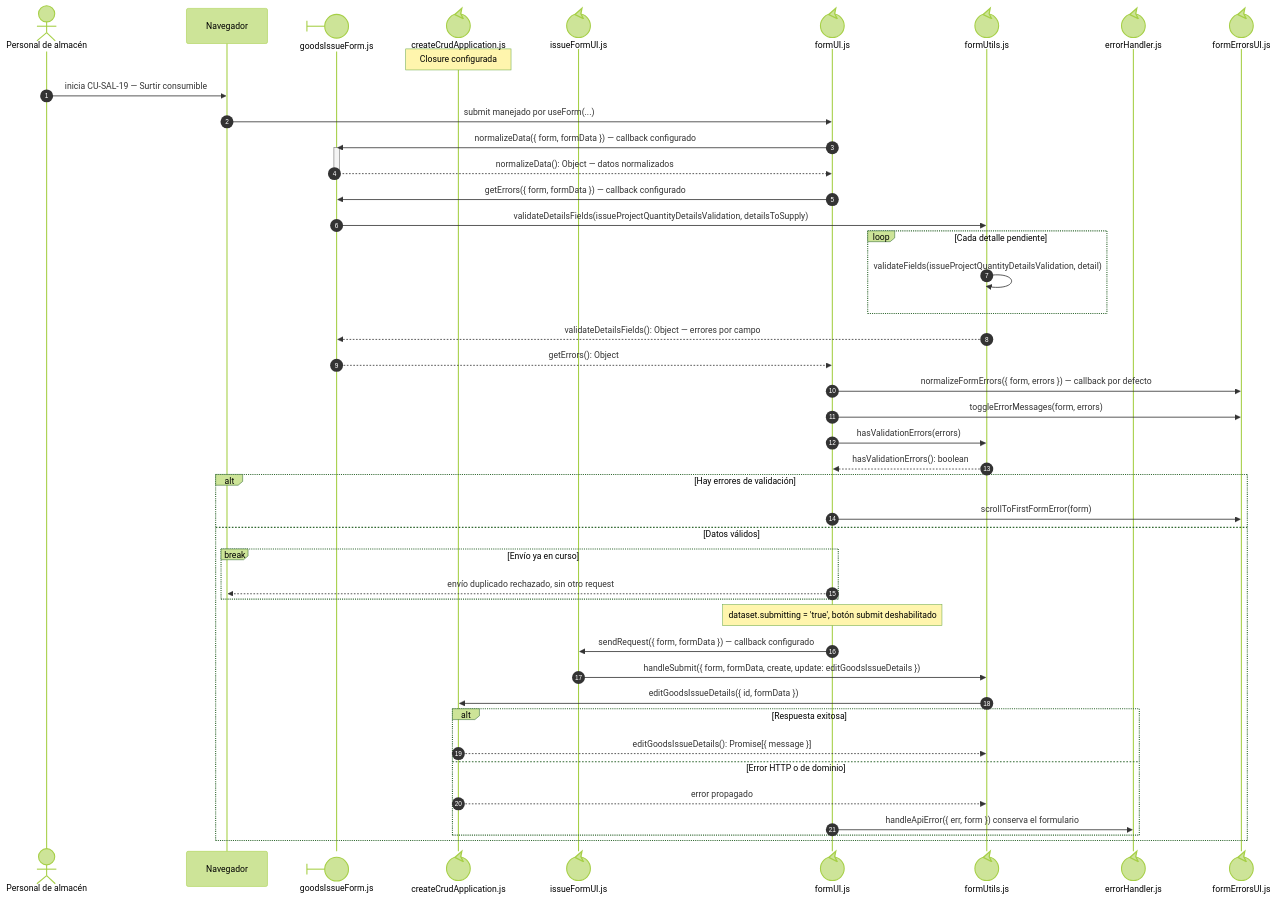
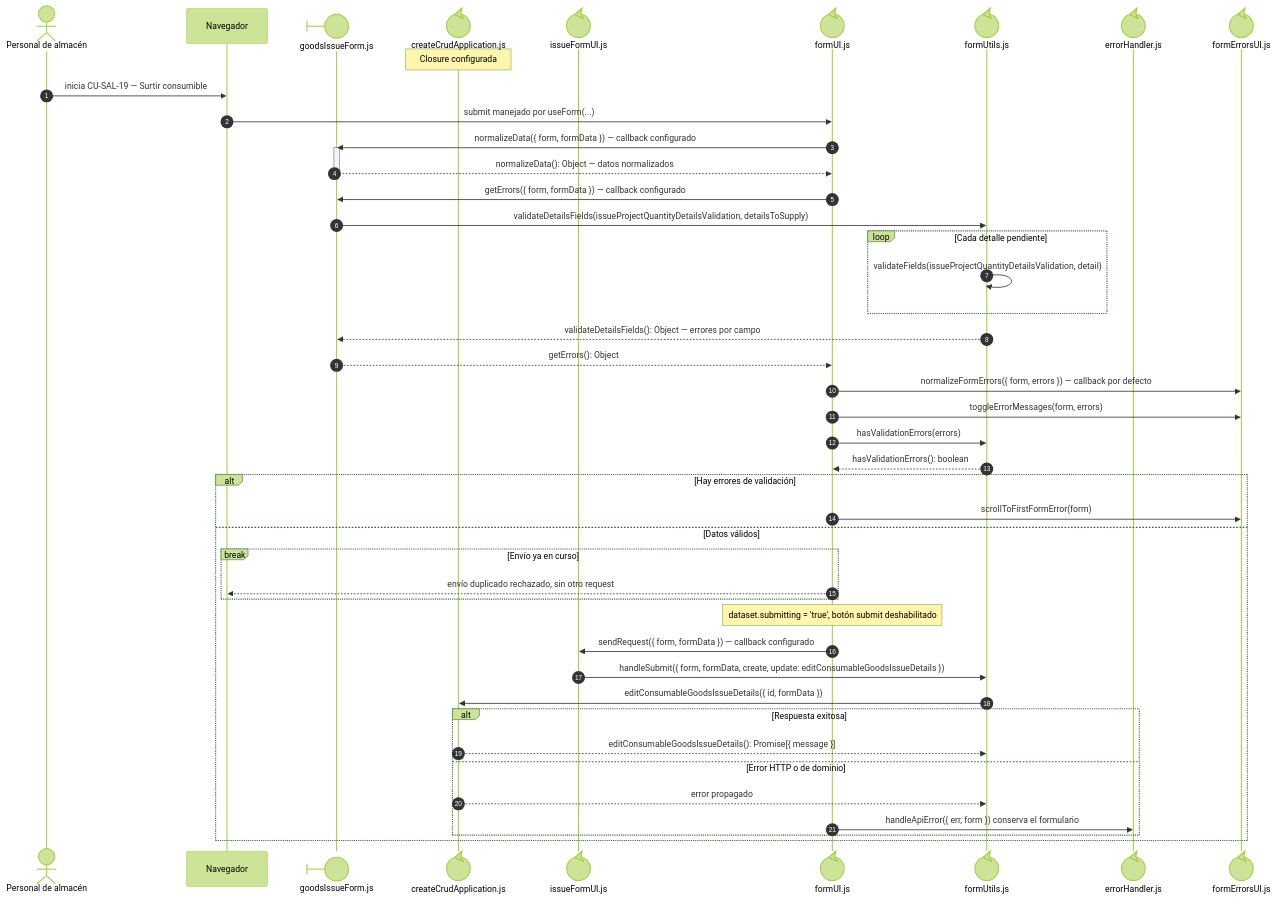
Before and after one commit to gpgsistemas01/nexus: the second of 3 diagrams in docs/architecture/views/processes/frontend-code-sequences/issues/cu-sal-19.md, drawn with Mermaid (forest theme). The commit also changed other lines of this file and 142 other files, not shown here.

````diff
--- a/docs/architecture/views/processes/frontend-code-sequences/issues/cu-sal-19.md
+++ b/docs/architecture/views/processes/frontend-code-sequences/issues/cu-sal-19.md
@@ -136,50 +137,50 @@
 ```mermaid
 sequenceDiagram
     autonumber
     actor Initiator as Personal de almacén
     participant Browser as Navegador
     participant View@{ "type": "boundary" } as goodsIssueForm.js
     participant Application@{ "type": "control" } as createCrudApplication.js
     participant IssueUI@{ "type": "control" } as issueFormUI.js
     participant Form@{ "type": "control" } as formUI.js
     participant FormUtils@{ "type": "control" } as formUtils.js
 
     participant FileErrorHandler@{ "type": "control" } as errorHandler.js
     participant FileFormErrorsUI@{ "type": "control" } as formErrorsUI.js
 
     Note over Application: Closure configurada
     Initiator->>Browser: inicia CU-SAL-19 — Surtir consumible
     Browser->>Form: submit manejado por useForm(...)
     Form->>View: normalizeData({ form, formData }) — callback configurado
     activate View
     View-->>Form: normalizeData(): Object — datos normalizados
     deactivate View
     Form->>View: getErrors({ form, formData }) — callback configurado
     View->>FormUtils: validateDetailsFields(issueProjectQuantityDetailsValidation, detailsToSupply)
     loop Cada detalle pendiente
         FormUtils->>FormUtils: validateFields(issueProjectQuantityDetailsValidation, detail)
     end
     FormUtils-->>View: validateDetailsFields(): Object — errores por campo
     View-->>Form: getErrors(): Object
     Form->>FileFormErrorsUI: normalizeFormErrors({ form, errors }) — callback por defecto
     Form->>FileFormErrorsUI: toggleErrorMessages(form, errors)
     Form->>FormUtils: hasValidationErrors(errors)
     FormUtils-->>Form: hasValidationErrors(): boolean
     alt Hay errores de validación
         Form->>FileFormErrorsUI: scrollToFirstFormError(form)
     else Datos válidos
         break Envío ya en curso
             Form-->>Browser: envío duplicado rechazado, sin otro request
     end
         Note over Form: dataset.submitting = 'true', botón submit deshabilitado
         Form->>IssueUI: sendRequest({ form, formData }) — callback configurado
-        IssueUI->>FormUtils: handleSubmit({ form, formData, create, update: editGoodsIssueDetails })
-        FormUtils->>Application: editGoodsIssueDetails({ id, formData })
+        IssueUI->>FormUtils: handleSubmit({ form, formData, create, update: editConsumableGoodsIssueDetails })
+        FormUtils->>Application: editConsumableGoodsIssueDetails({ id, formData })
         alt Respuesta exitosa
-            Application-->>FormUtils: editGoodsIssueDetails(): Promise[{ message }]
+            Application-->>FormUtils: editConsumableGoodsIssueDetails(): Promise[{ message }]
         else Error HTTP o de dominio
             Application-->>FormUtils: error propagado
             Form->>FileErrorHandler: handleApiError({ err, form }) conserva el formulario
     end
     end
 ```
````
